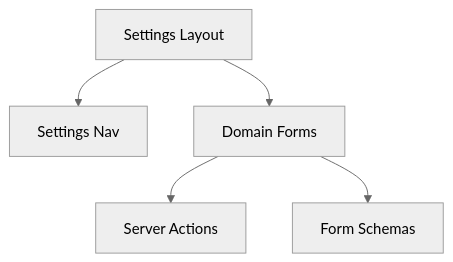
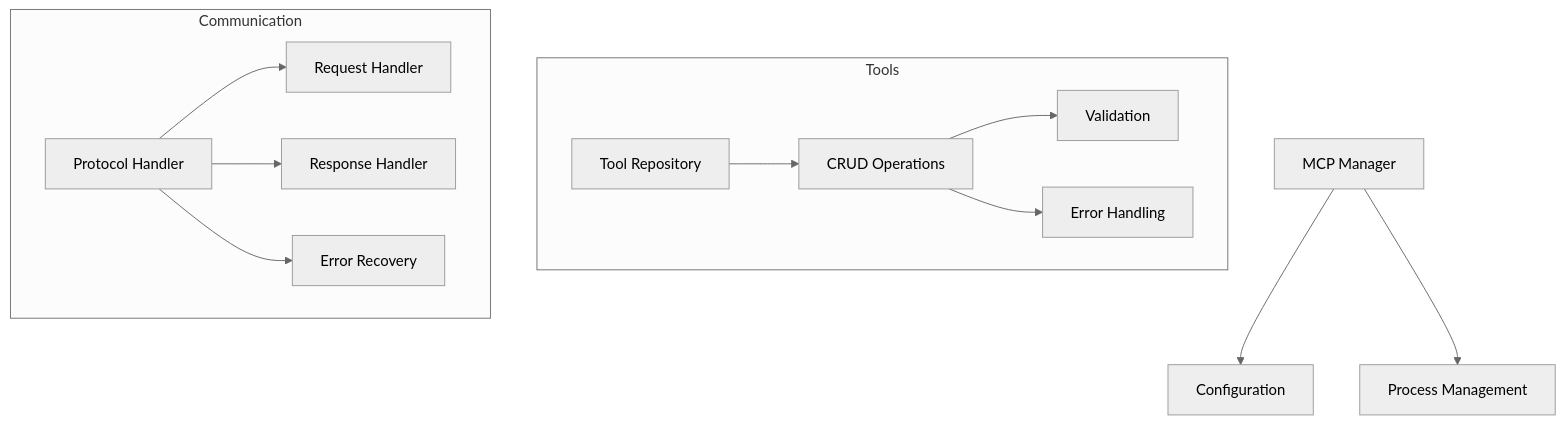
One commit to loneyeti/snowgoose changed the fourth of 4 diagrams in memory-bank/systemPatterns.md. Above: the diagram before and after it, drawn with Mermaid (neutral theme). The commit also changed other lines of this file and 78 other files, not shown here.

````diff
--- a/memory-bank/systemPatterns.md
+++ b/memory-bank/systemPatterns.md
@@ -72,7 +145,17 @@
 ```mermaid
 flowchart TD
-    SettingsLayout[Settings Layout] --> SettingsNav[Settings Nav]
-    SettingsLayout --> Forms[Domain Forms]
-    Forms --> Actions[Server Actions]
-    Forms --> Validation[Form Schemas]
+    MCPManager[MCP Manager] --> Config[Configuration]
+    MCPManager --> ProcessMgmt[Process Management]
+
+    subgraph Tools
+        ToolRepo[Tool Repository] --> CRUD[CRUD Operations]
+        CRUD --> Validation[Validation]
+        CRUD --> ErrorHandling[Error Handling]
+    end
+
+    subgraph Communication
+        Protocol[Protocol Handler] --> Requests[Request Handler]
+        Protocol --> Responses[Response Handler]
+        Protocol --> Errors[Error Recovery]
+    end
 ```
````
